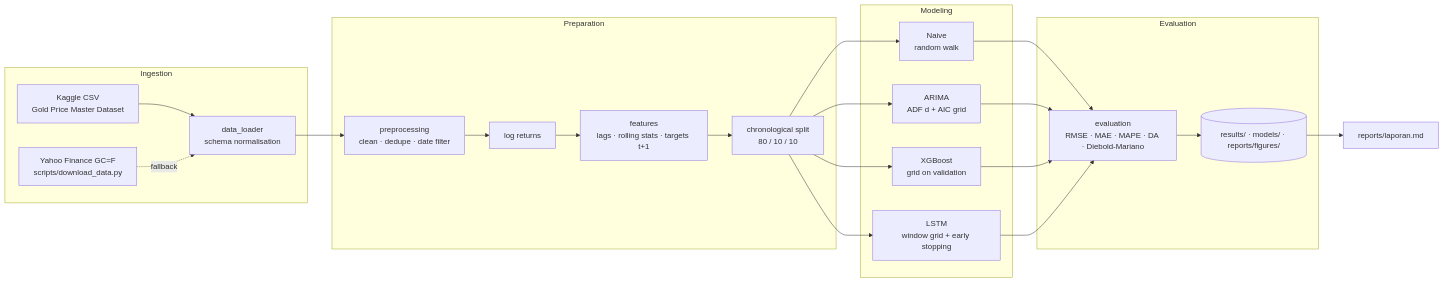
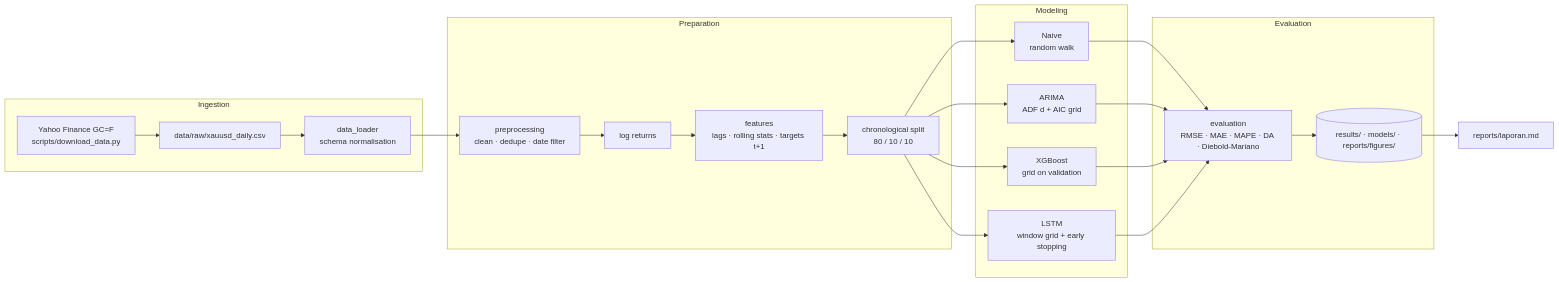
One commit to LouSens/gold-price-forecast-arima-lstm changed the diagram in docs/architecture.md. Above: the diagram before and after it, drawn with Mermaid. The commit also changed other lines of this file and 5 other files, not shown here.

Commit message:
docs: replace unverified Kaggle dataset references with Yahoo Finance source

````diff
--- a/docs/architecture.md
+++ b/docs/architecture.md
@@ -20,25 +20,25 @@
 ```mermaid
 flowchart LR
     subgraph Ingestion
-        K[Kaggle CSV<br/>Gold Price Master Dataset] --> L
-        Y[Yahoo Finance GC=F<br/>scripts/download_data.py] -.fallback.-> L
+        Y[Yahoo Finance GC=F<br/>scripts/download_data.py] --> K[data/raw/xauusd_daily.csv]
+        K --> L
         L[data_loader<br/>schema normalisation]
     end
     subgraph Preparation
         L --> C[preprocessing<br/>clean · dedupe · date filter]
         C --> R[log returns]
         R --> F[features<br/>lags · rolling stats · targets t+1]
         F --> S[chronological split<br/>80 / 10 / 10]
     end
     subgraph Modeling
         S --> N[Naive<br/>random walk]
         S --> A[ARIMA<br/>ADF d + AIC grid]
         S --> X[XGBoost<br/>grid on validation]
         S --> M[LSTM<br/>window grid + early stopping]
     end
     subgraph Evaluation
         N & A & X & M --> E[evaluation<br/>RMSE · MAE · MAPE · DA · Diebold-Mariano]
         E --> O[(results/ · models/ · reports/figures/)]
     end
     O --> RP[reports/laporan.md]
 ```
````
